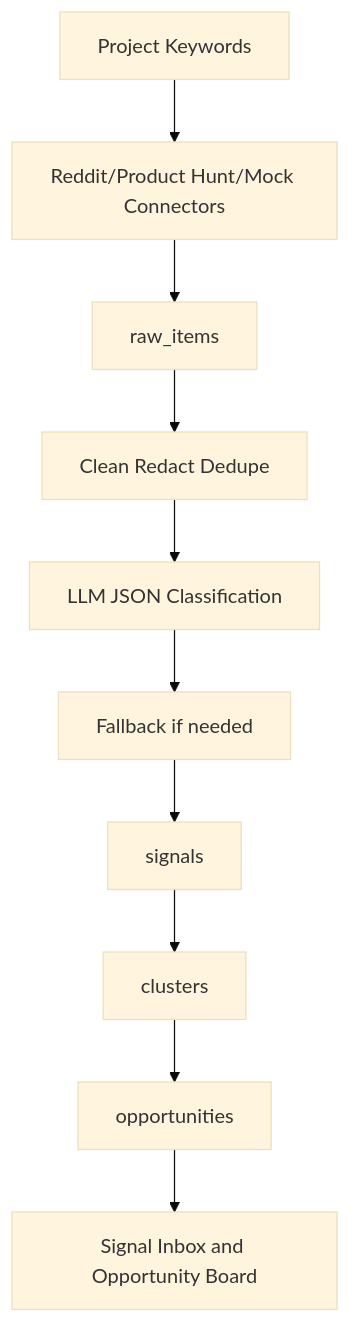
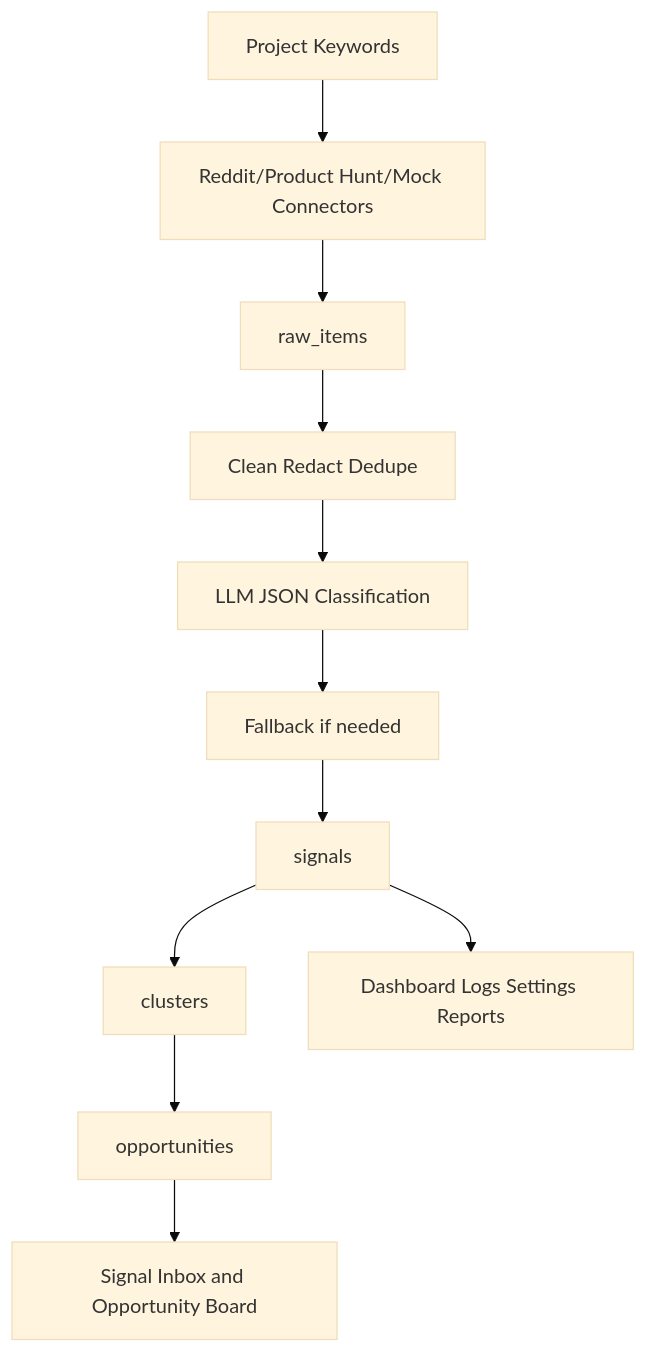
The diagram in docs/architecture/data-flow.md (Marvinxtuc/SignalForge), drawn with Mermaid (base theme) before and after one commit. The commit also changed other lines of this file and 53 other files, not shown here.

````diff
--- a/docs/architecture/data-flow.md
+++ b/docs/architecture/data-flow.md
@@ -10,12 +10,13 @@
 ```mermaid
 flowchart TD
   A[Project Keywords] --> B[Reddit/Product Hunt/Mock Connectors]
   B --> C[raw_items]
   C --> D[Clean Redact Dedupe]
   D --> E[LLM JSON Classification]
   E --> F[Fallback if needed]
   F --> G[signals]
   G --> H[clusters]
   H --> I[opportunities]
   I --> J[Signal Inbox and Opportunity Board]
+  G --> K[Dashboard Logs Settings Reports]
 ```
````
